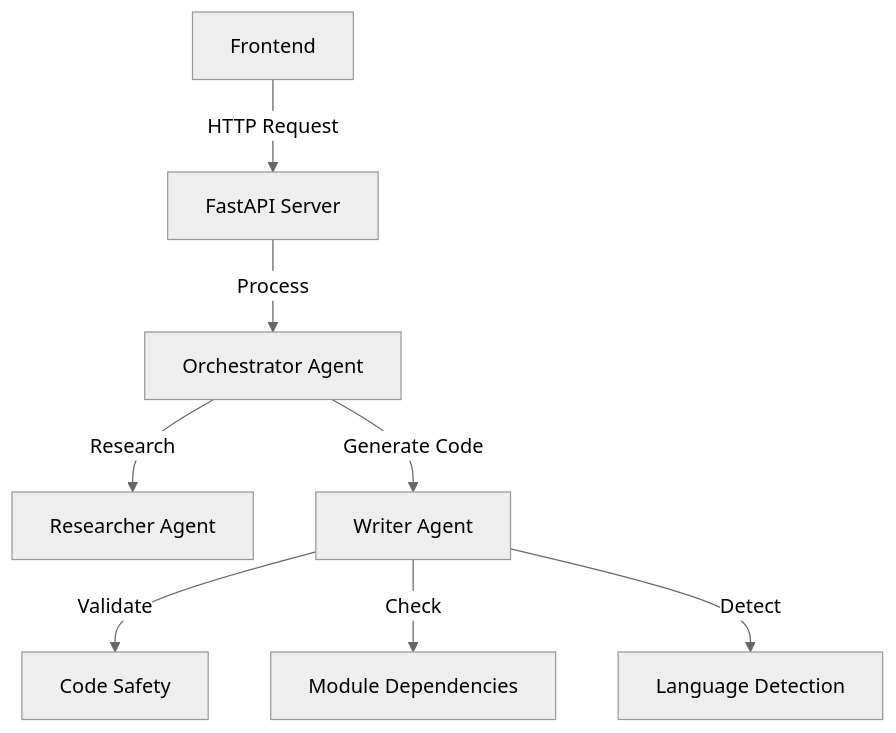
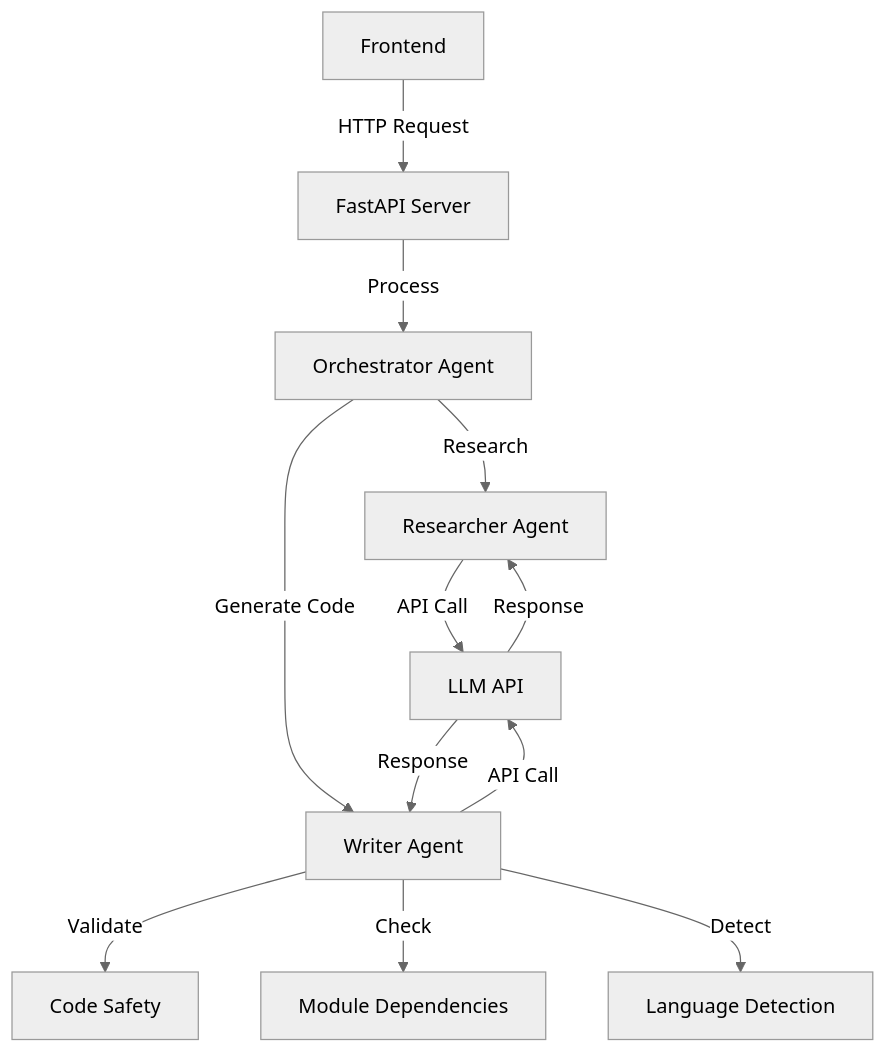
The first of 4 diagrams in DOCUMENTATION.md (vbwyrde/AG_UI_Test), drawn with Mermaid (neutral theme) before and after one commit. The commit also changed other lines of this file and 5 other files, not shown here.

````diff
--- a/DOCUMENTATION.md
+++ b/DOCUMENTATION.md
@@ -8,10 +8,14 @@
 ```mermaid
 graph TD
     A[Frontend] -->|HTTP Request| B[FastAPI Server]
     B -->|Process| C[Orchestrator Agent]
     C -->|Research| D[Researcher Agent]
     C -->|Generate Code| E[Writer Agent]
     E -->|Validate| F[Code Safety]
     E -->|Check| G[Module Dependencies]
     E -->|Detect| H[Language Detection]
+    D -->|API Call| I[LLM API]
+    E -->|API Call| I
+    I -->|Response| D
+    I -->|Response| E
 ```
````
